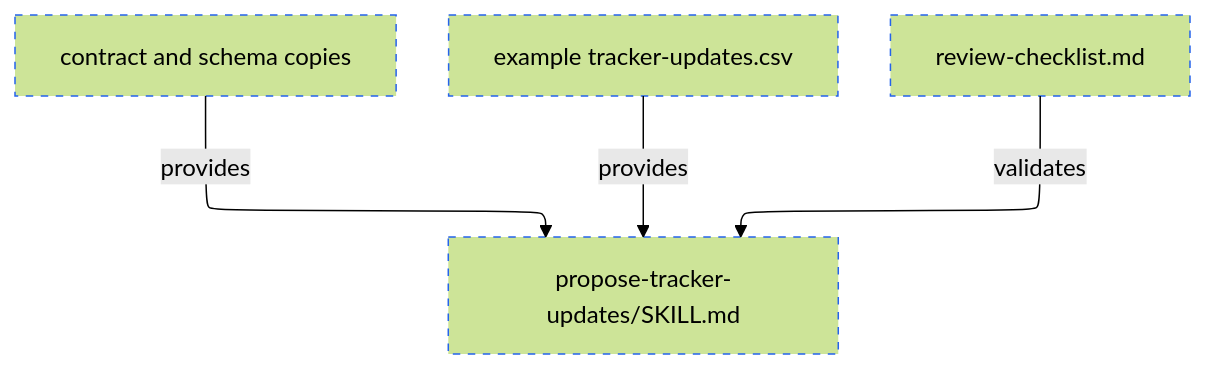
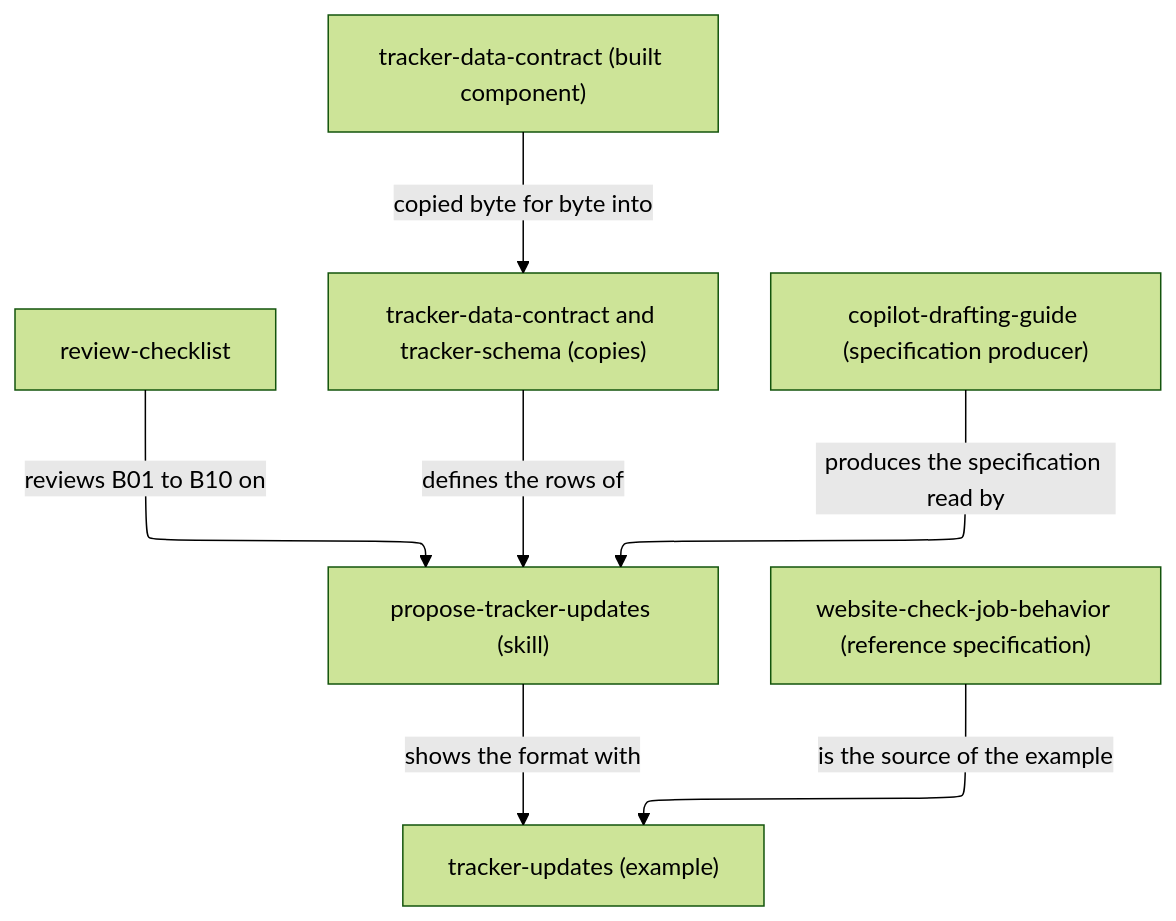
Before and after one commit to vrparthasarathy/migration-job-discovery: the diagram in tracker-update-proposer/README.md, drawn with Mermaid (forest theme). The commit also changed other lines of this file and 117 other files, not shown here.

Commit message:
Build Job Behavior Specifications.

````diff
--- a/tracker-update-proposer/README.md
+++ b/tracker-update-proposer/README.md
@@ -54,16 +34,28 @@
 ```mermaid
 ---
 config:
   layout: elk
 ---
 %%{init: {"securityLevel": "loose"}}%%
 flowchart TB
-  skill["propose-tracker-updates/SKILL.md"]:::planned
-  copy["contract and schema copies"]:::planned
-  ex["example tracker-updates.csv"]:::planned
-  chk["review-checklist.md"]:::planned
-  copy -->|"provides"| skill
-  ex -->|"provides"| skill
-  chk -->|"validates"| skill
-  classDef planned stroke-dasharray: 5 5,stroke:#2563eb
+  chk["review-checklist"]
+  skill["propose-tracker-updates (skill)"]
+  copy["tracker-data-contract and tracker-schema (copies)"]
+  ex["tracker-updates (example)"]
+  contract["tracker-data-contract (built component)"]
+  drafting["copilot-drafting-guide (specification producer)"]
+  ref["website-check-job-behavior (reference specification)"]
+  click chk "review-checklist.md"
+  click skill "propose-tracker-updates/SKILL.md"
+  click copy "propose-tracker-updates/tracker-data-contract.md"
+  click ex "propose-tracker-updates/tracker-updates.csv"
+  click contract "../tracker-data-contract/README.md"
+  click drafting "../copilot-drafting-guide/README.md"
+  click ref "../website-check-job-behavior/README.md"
+  contract -->|"copied byte for byte into"| copy
+  copy -->|"defines the rows of"| skill
+  skill -->|"shows the format with"| ex
+  ref -->|"is the source of the example"| ex
+  drafting -->|"produces the specification read by"| skill
+  chk -->|"reviews B01 to B10 on"| skill
 ```
````
